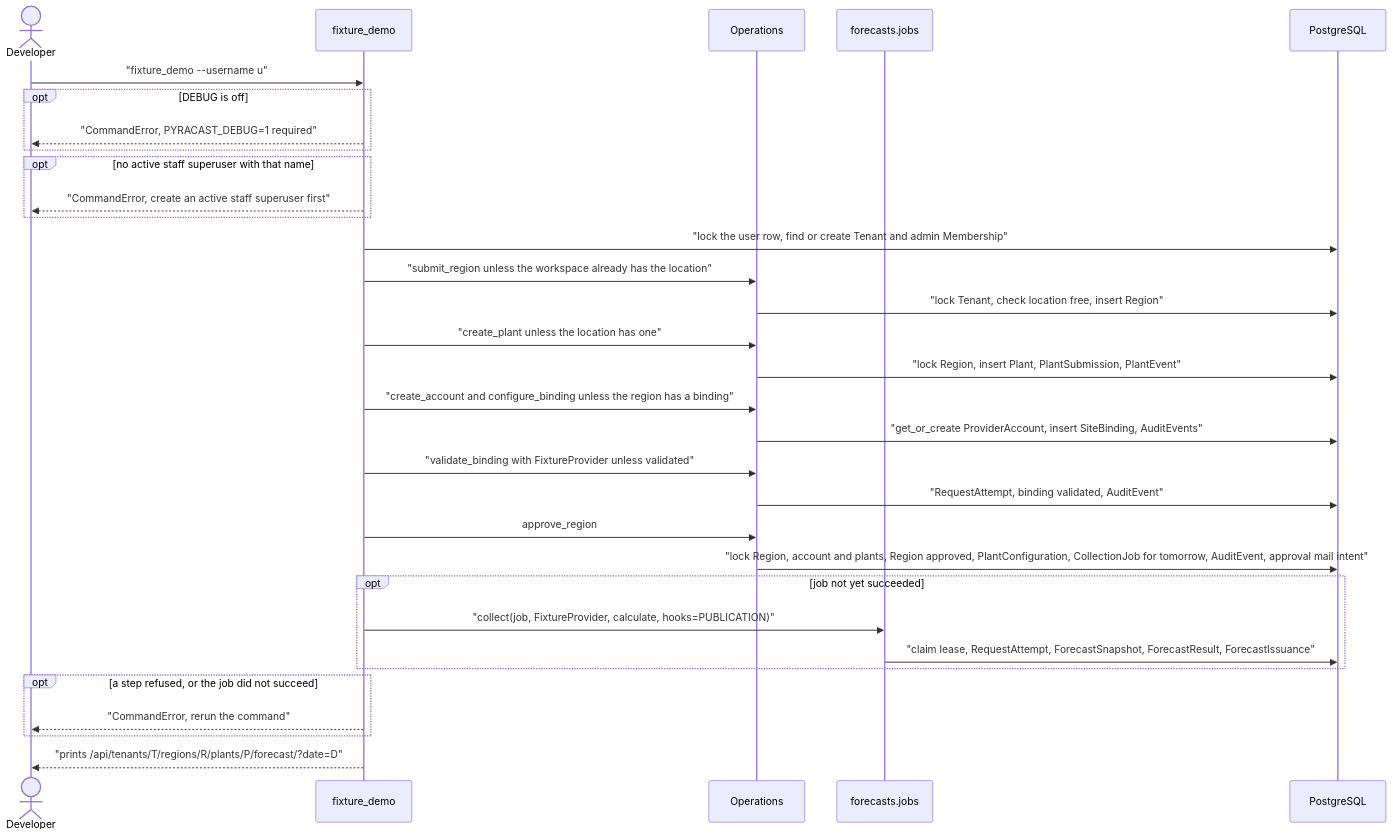
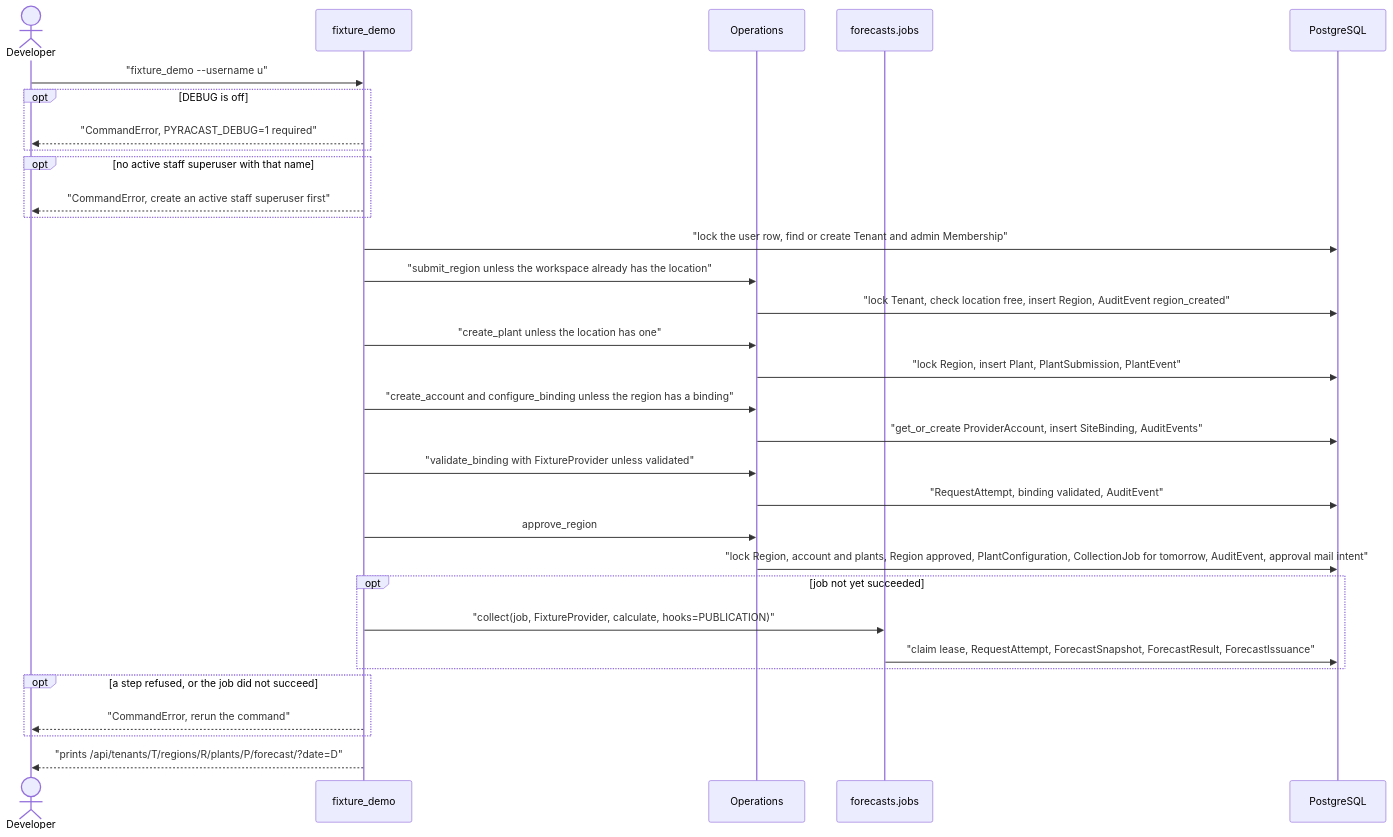
Before and after one commit to erkurtharun/pyracast: the diagram in docs/flows/fixture-demo.md, drawn with Mermaid. The commit also changed other lines of this file and 52 other files, not shown here.

First line of the commit message:
Bring the flow pages in line with account erasure, typed plant values, on-demand loading, operations events and provider accounts

````diff
--- a/docs/flows/fixture-demo.md
+++ b/docs/flows/fixture-demo.md
@@ -12,34 +12,34 @@
 ```mermaid
 sequenceDiagram
     actor Dev as Developer
     participant C as fixture_demo
     participant O as Operations
     participant J as forecasts.jobs
     participant DB as PostgreSQL
     Dev->>C: "fixture_demo --username u"
     opt DEBUG is off
         C-->>Dev: "CommandError, PYRACAST_DEBUG=1 required"
     end
     opt no active staff superuser with that name
         C-->>Dev: "CommandError, create an active staff superuser first"
     end
     C->>DB: "lock the user row, find or create Tenant and admin Membership"
     C->>O: "submit_region unless the workspace already has the location"
-    O->>DB: "lock Tenant, check location free, insert Region"
+    O->>DB: "lock Tenant, check location free, insert Region, AuditEvent region_created"
     C->>O: "create_plant unless the location has one"
     O->>DB: "lock Region, insert Plant, PlantSubmission, PlantEvent"
     C->>O: "create_account and configure_binding unless the region has a binding"
     O->>DB: "get_or_create ProviderAccount, insert SiteBinding, AuditEvents"
     C->>O: "validate_binding with FixtureProvider unless validated"
     O->>DB: "RequestAttempt, binding validated, AuditEvent"
     C->>O: approve_region
     O->>DB: "lock Region, account and plants, Region approved, PlantConfiguration, CollectionJob for tomorrow, AuditEvent, approval mail intent"
     opt job not yet succeeded
         C->>J: "collect(job, FixtureProvider, calculate, hooks=PUBLICATION)"
         J->>DB: "claim lease, RequestAttempt, ForecastSnapshot, ForecastResult, ForecastIssuance"
     end
     opt a step refused, or the job did not succeed
         C-->>Dev: "CommandError, rerun the command"
     end
     C-->>Dev: "prints /api/tenants/T/regions/R/plants/P/forecast/?date=D"
 ```
````
